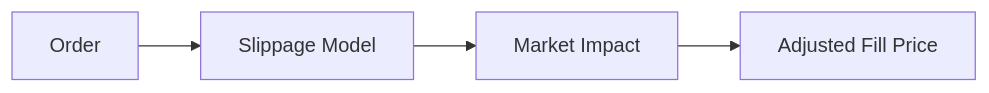
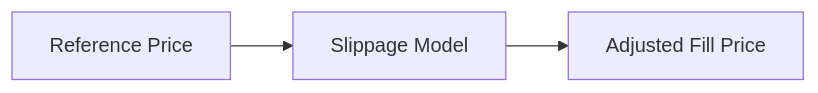
The diagram in docs/explanation/slippage-math.md (gregorian-09/regime-flow), drawn with Mermaid before and after one commit. The commit also changed other lines of this file and 58 other files, not shown here.

````diff
--- a/docs/explanation/slippage-math.md
+++ b/docs/explanation/slippage-math.md
@@ -15,6 +7,5 @@
 ```mermaid
 flowchart LR
-  A[Order] --> B[Slippage Model]
-  B --> C[Market Impact]
-  C --> D[Adjusted Fill Price]
+  A[Reference Price] --> B[Slippage Model]
+  B --> C[Adjusted Fill Price]
 ```
````
